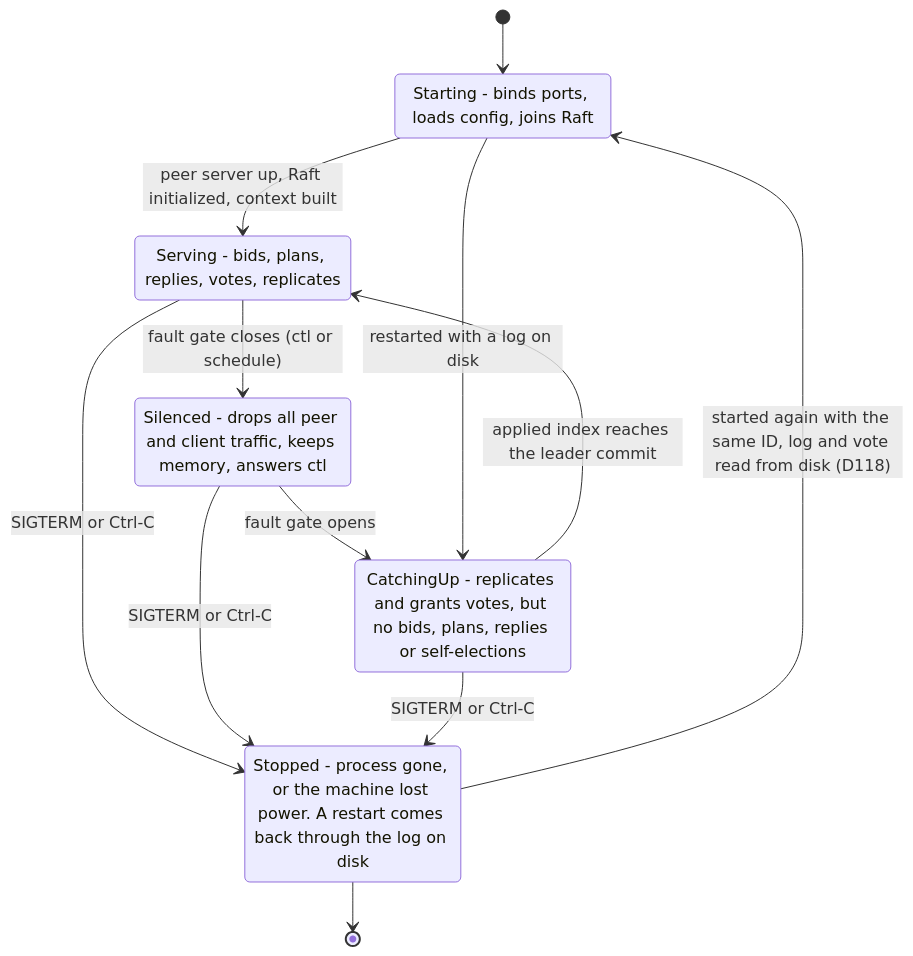
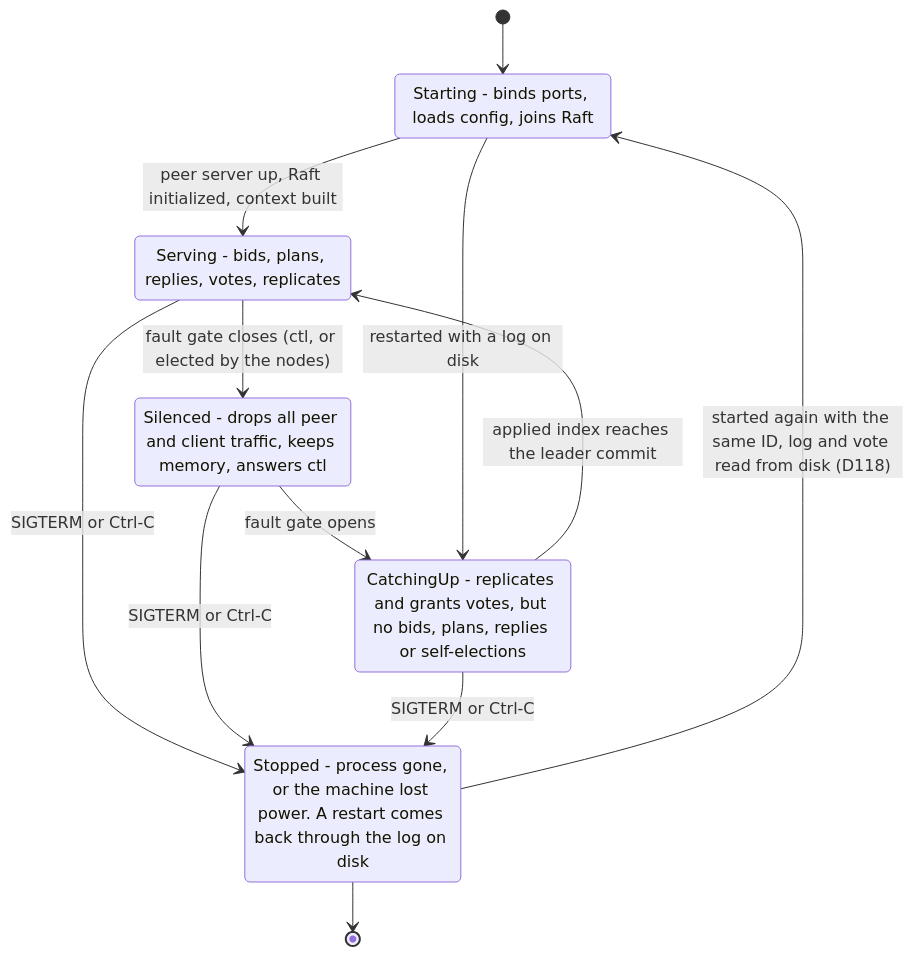
Before and after one commit to noortaytoy1/DistributedSystems: diagram 33 of 43 in docs/architecture.md, drawn with Mermaid. The commit also changed other lines of this file and 6 other files, not shown here.

````diff
--- a/docs/architecture.md
+++ b/docs/architecture.md
@@ -1323,19 +1322,19 @@
 ```mermaid
 stateDiagram-v2
     [*] --> Starting
     Starting --> Serving: peer server up, Raft initialized, context built
-    Serving --> Silenced: fault gate closes (ctl or schedule)
+    Serving --> Silenced: fault gate closes (ctl, or elected by the nodes)
     Silenced --> CatchingUp: fault gate opens
     CatchingUp --> Serving: applied index reaches the leader commit
     Serving --> Stopped: SIGTERM or Ctrl-C
     Silenced --> Stopped: SIGTERM or Ctrl-C
     CatchingUp --> Stopped: SIGTERM or Ctrl-C
     Stopped --> Starting: started again with the same ID, log and vote read from disk (D118)
     Starting --> CatchingUp: restarted with a log on disk
     Stopped --> [*]
     Starting: Starting - binds ports, loads config, joins Raft
     Serving: Serving - bids, plans, replies, votes, replicates
     Silenced: Silenced - drops all peer and client traffic, keeps memory, answers ctl
     CatchingUp: CatchingUp - replicates and grants votes, but no bids, plans, replies or self-elections
     Stopped: Stopped - process gone, or the machine lost power. A restart comes back through the log on disk
 ```
````
